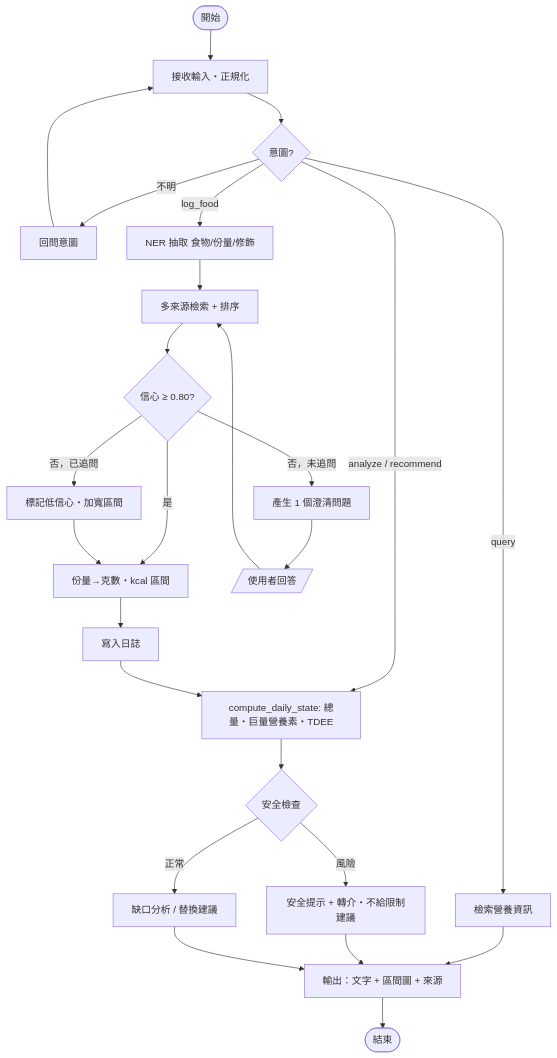
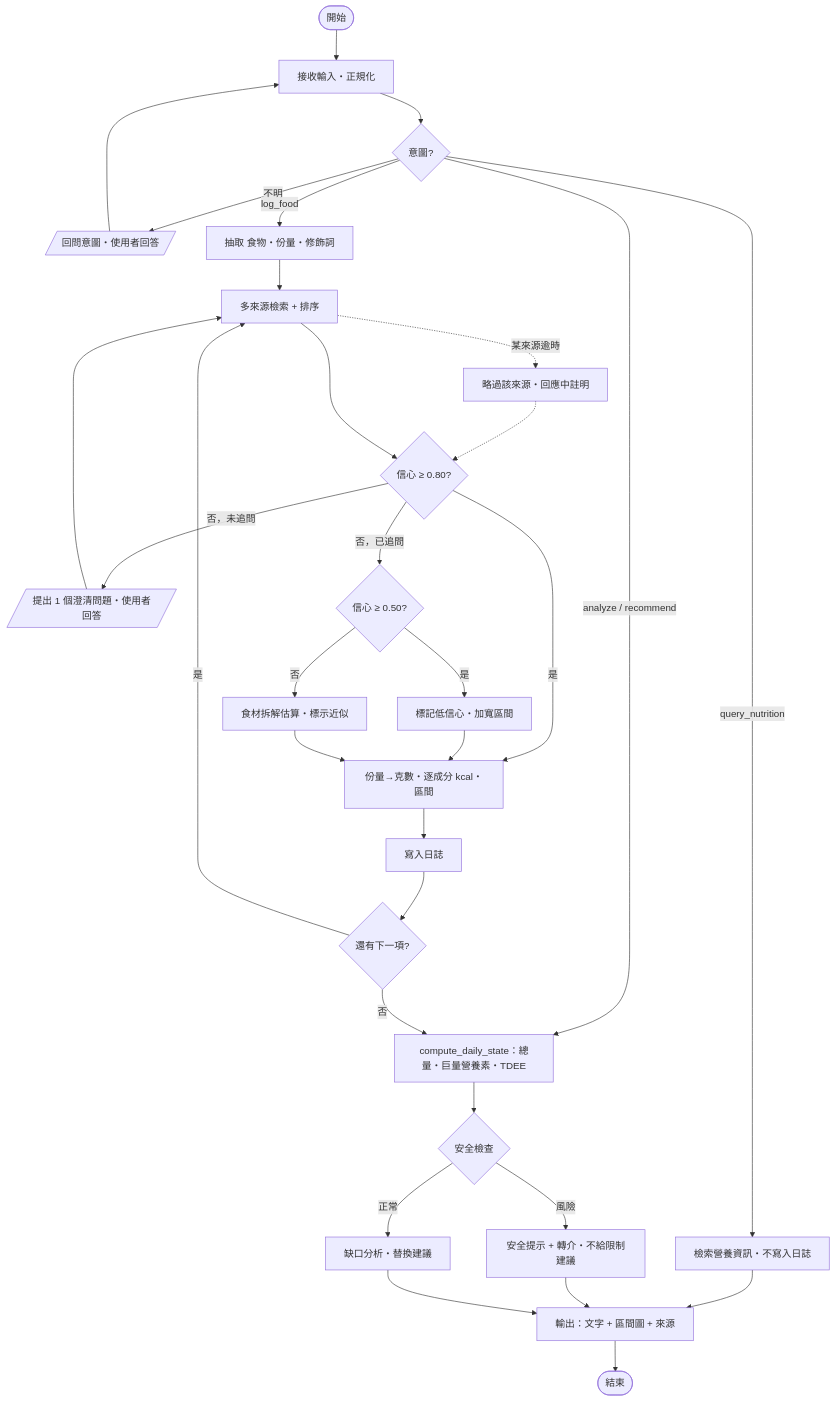
Before and after one commit to A0966411725-png/dietsense-proposal: the second of 2 diagrams in openspec/changes/add-dietsense-agent/design.md, drawn with Mermaid. The commit also changed other lines of this file and 25 other files, not shown here.

````diff
--- a/openspec/changes/add-dietsense-agent/design.md
+++ b/openspec/changes/add-dietsense-agent/design.md
@@ -49,21 +78,26 @@
 ```mermaid
 flowchart TD
   S([開始]) --> IN[接收輸入・正規化]
   IN --> IC{意圖?}
-  IC -->|不明| ASK0[回問意圖] --> IN
-  IC -->|log_food| NER[NER 抽取 食物/份量/修飾]
-  IC -->|query| RQ[檢索營養資訊] --> OUT
+  IC -->|不明| ASK0[/回問意圖・使用者回答/] --> IN
+  IC -->|query_nutrition| RQ[檢索營養資訊・不寫入日誌] --> OUT
   IC -->|analyze / recommend| ST
+  IC -->|log_food| NER[抽取 食物・份量・修飾詞]
   NER --> RET[多來源檢索 + 排序]
+  RET -. 某來源逾時 .-> SKIP[略過該來源・回應中註明] -.-> CF
   RET --> CF{信心 ≥ 0.80?}
-  CF -->|是| CAL[份量→克數・kcal 區間]
-  CF -->|否，未追問| CLAR[產生 1 個澄清問題] --> USER[/使用者回答/] --> RET
-  CF -->|否，已追問| WIDE[標記低信心・加寬區間] --> CAL
-  CAL --> LOG[寫入日誌]
-  LOG --> ST[compute_daily_state: 總量・巨量營養素・TDEE]
+  CF -->|是| CAL
+  CF -->|否，未追問| CLAR[/提出 1 個澄清問題・使用者回答/] --> RET
+  CF -->|否，已追問| LOW{信心 ≥ 0.50?}
+  LOW -->|是| WIDE[標記低信心・加寬區間] --> CAL
+  LOW -->|否| DEC[食材拆解估算・標示近似] --> CAL
+  CAL[份量→克數・逐成分 kcal・區間] --> LOG[寫入日誌]
+  LOG --> MORE{還有下一項?}
+  MORE -->|是| RET
+  MORE -->|否| ST[compute_daily_state：總量・巨量營養素・TDEE]
   ST --> SG{安全檢查}
   SG -->|風險| ALERT[安全提示 + 轉介・不給限制建議] --> OUT
-  SG -->|正常| REC[缺口分析 / 替換建議]
+  SG -->|正常| REC[缺口分析・替換建議]
   REC --> OUT[輸出：文字 + 區間圖 + 來源]
   OUT --> E([結束])
 ```
````
